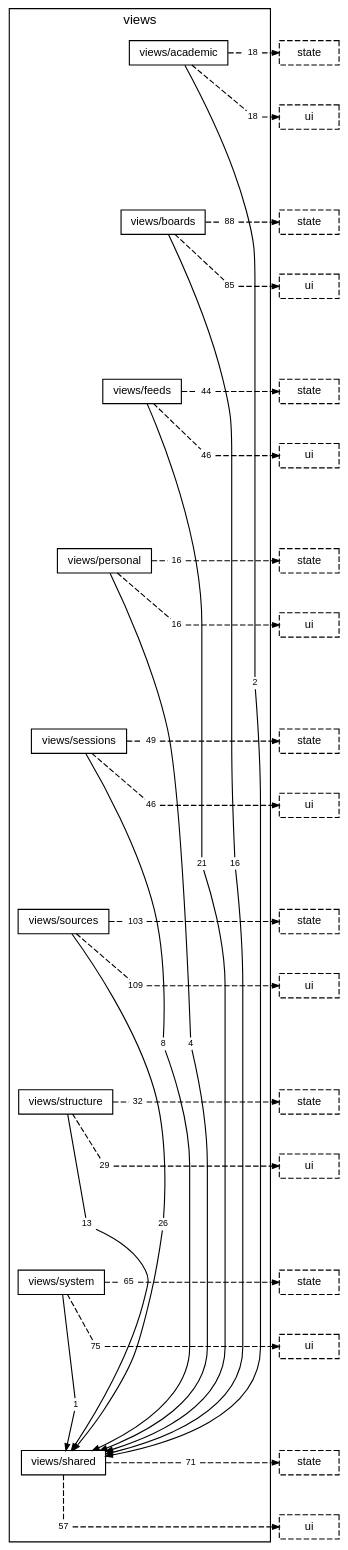
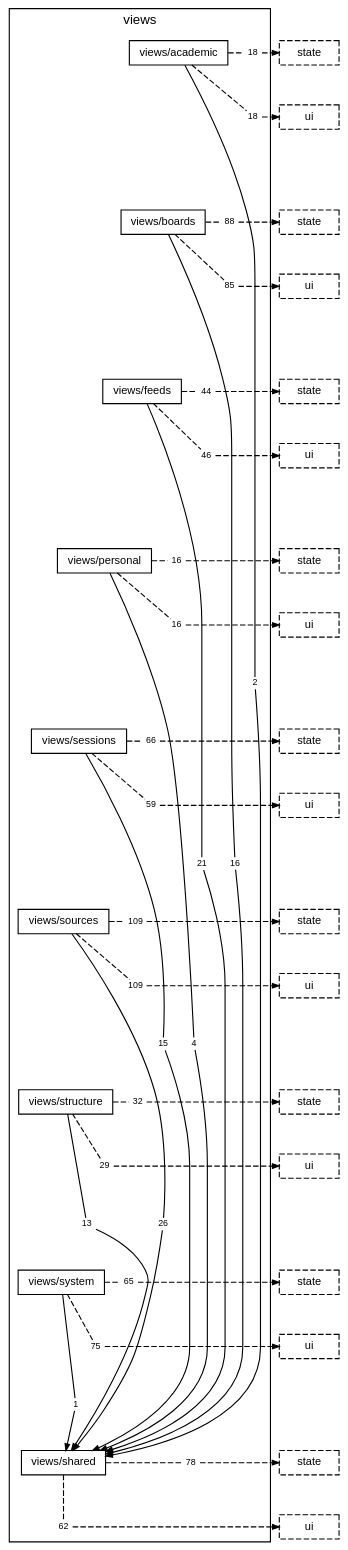
Before and after one commit to TheAxeC/oculus: the diagram in docs/diagrams/layer-views.dot, drawn with Graphviz. The commit also changed 156 other files, not shown here.

First line of the commit message:
Land S2: the sessions views rebuilt to VS Code's Agents window

```diff
--- a/docs/diagrams/layer-views.dot
+++ b/docs/diagrams/layer-views.dot
@@ -25,11 +25,11 @@
         "folder views/personal to folder views/shared" [label="4", shape=box, color="transparent", fontsize=8, width=0, height=0, margin="0.04,0.02"];
         "folder views/personal to layer state" [label="16", shape=box, color="transparent", fontsize=8, width=0, height=0, margin="0.04,0.02"];
         "folder views/personal to layer ui" [label="16", shape=box, color="transparent", fontsize=8, width=0, height=0, margin="0.04,0.02"];
-        "folder views/sessions to folder views/shared" [label="8", shape=box, color="transparent", fontsize=8, width=0, height=0, margin="0.04,0.02"];
-        "folder views/sessions to layer state" [label="49", shape=box, color="transparent", fontsize=8, width=0, height=0, margin="0.04,0.02"];
-        "folder views/sessions to layer ui" [label="46", shape=box, color="transparent", fontsize=8, width=0, height=0, margin="0.04,0.02"];
+        "folder views/sessions to folder views/shared" [label="15", shape=box, color="transparent", fontsize=8, width=0, height=0, margin="0.04,0.02"];
+        "folder views/sessions to layer state" [label="66", shape=box, color="transparent", fontsize=8, width=0, height=0, margin="0.04,0.02"];
+        "folder views/sessions to layer ui" [label="59", shape=box, color="transparent", fontsize=8, width=0, height=0, margin="0.04,0.02"];
         "folder views/sources to folder views/shared" [label="26", shape=box, color="transparent", fontsize=8, width=0, height=0, margin="0.04,0.02"];
-        "folder views/sources to layer state" [label="103", shape=box, color="transparent", fontsize=8, width=0, height=0, margin="0.04,0.02"];
+        "folder views/sources to layer state" [label="109", shape=box, color="transparent", fontsize=8, width=0, height=0, margin="0.04,0.02"];
         "folder views/sources to layer ui" [label="109", shape=box, color="transparent", fontsize=8, width=0, height=0, margin="0.04,0.02"];
         "folder views/structure to folder views/shared" [label="13", shape=box, color="transparent", fontsize=8, width=0, height=0, margin="0.04,0.02"];
         "folder views/structure to layer state" [label="32", shape=box, color="transparent", fontsize=8, width=0, height=0, margin="0.04,0.02"];
@@ -37,8 +37,8 @@
         "folder views/system to folder views/shared" [label="1", shape=box, color="transparent", fontsize=8, width=0, height=0, margin="0.04,0.02"];
         "folder views/system to layer state" [label="65", shape=box, color="transparent", fontsize=8, width=0, height=0, margin="0.04,0.02"];
         "folder views/system to layer ui" [label="75", shape=box, color="transparent", fontsize=8, width=0, height=0, margin="0.04,0.02"];
-        "folder views/shared to layer state" [label="71", shape=box, color="transparent", fontsize=8, width=0, height=0, margin="0.04,0.02"];
-        "folder views/shared to layer ui" [label="57", shape=box, color="transparent", fontsize=8, width=0, height=0, margin="0.04,0.02"];
+        "folder views/shared to layer state" [label="78", shape=box, color="transparent", fontsize=8, width=0, height=0, margin="0.04,0.02"];
+        "folder views/shared to layer ui" [label="62", shape=box, color="transparent", fontsize=8, width=0, height=0, margin="0.04,0.02"];
     }
     "layer state from folder views/academic" [label="state", style=dashed];
     "layer ui from folder views/academic" [label="ui", style=dashed];
```
